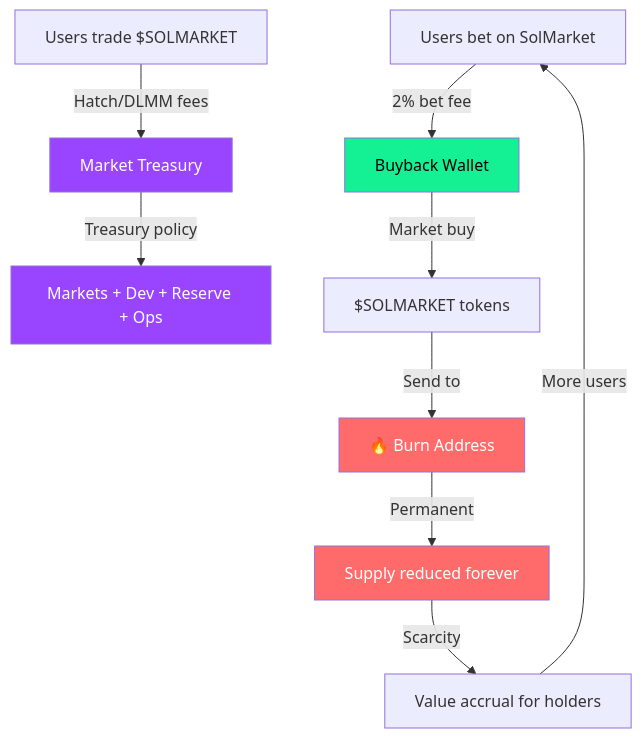
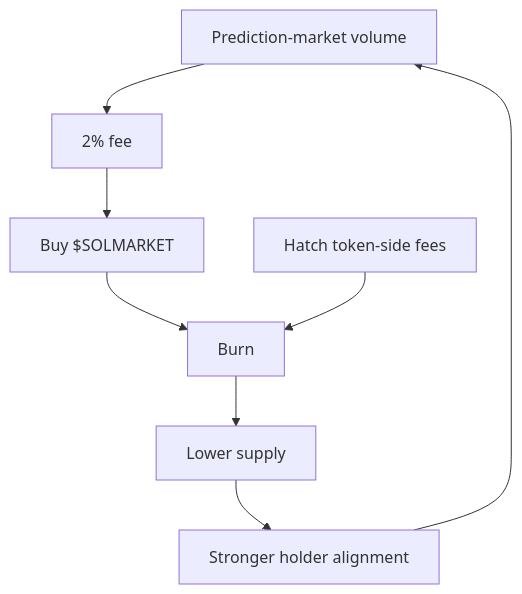
One commit to SolMarketHub/docs changed the diagram in token/buyback-burn.mdx. Above: the diagram before and after it, drawn with Mermaid. The commit also changed other lines of this file and 18 other files, not shown here.

````diff
--- a/token/buyback-burn.mdx
+++ b/token/buyback-burn.mdx
@@ -11,16 +11,10 @@
 ```mermaid
 graph TD
-    A[Users bet on SolMarket] -->|2% bet fee| D[Buyback Wallet]
-    C[Users trade $SOLMARKET] -->|Hatch/DLMM fees| T[Market Treasury]
-    T -->|Treasury policy| M[Markets + Dev + Reserve + Ops]
-    D -->|Market buy| E[$SOLMARKET tokens]
-    E -->|Send to| F[🔥 Burn Address]
-    F -->|Permanent| G[Supply reduced forever]
-    G -->|Scarcity| H[Value accrual for holders]
-    H -->|More users| A
-    style T fill:#9945FF,color:#fff
-    style M fill:#9945FF,color:#fff
-    style D fill:#14F195,color:#000
-    style F fill:#FF6B6B,color:#fff
-    style G fill:#FF6B6B,color:#fff
+    A[Prediction-market volume] --> B[2% fee]
+    B --> C[Buy $SOLMARKET]
+    C --> D[Burn]
+    E[Hatch token-side fees] --> D
+    D --> F[Lower supply]
+    F --> G[Stronger holder alignment]
+    G --> A
 ```
````
